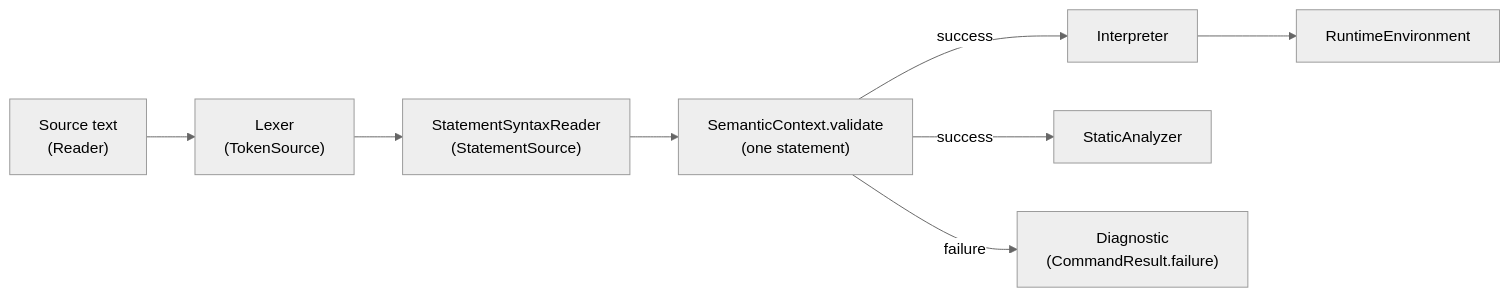
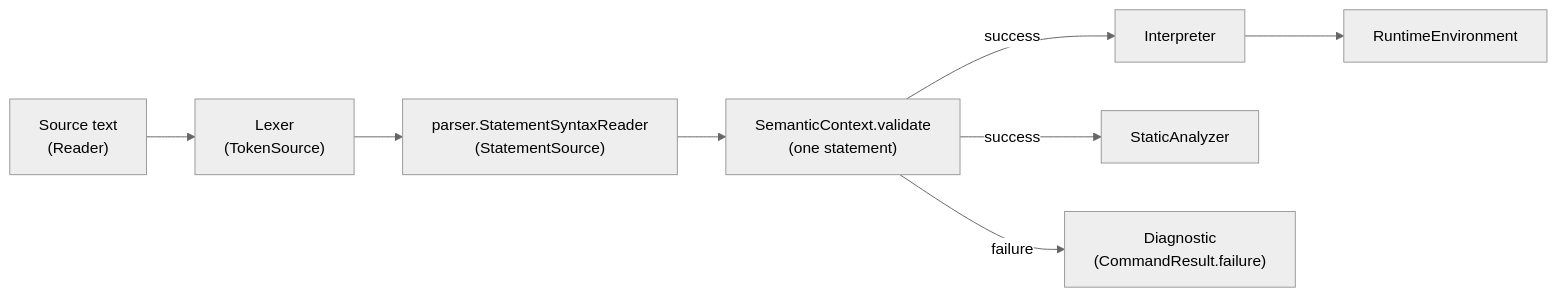
One commit to GarroteSantiago/printscript changed the second of 3 diagrams in docs/architecture.md. Above: the diagram before and after it, drawn with Mermaid (neutral theme). The commit also changed other lines of this file and 21 other files, not shown here.

First line of the commit message:
refactor(syntax,parser): split the parser out of syntax into its own module

````diff
--- a/docs/architecture.md
+++ b/docs/architecture.md
@@ -65,10 +73,10 @@
 ```mermaid
 flowchart LR
     Source["Source text\n(Reader)"] --> Lexer["Lexer\n(TokenSource)"]
-    Lexer --> Parser["StatementSyntaxReader\n(StatementSource)"]
+    Lexer --> Parser["parser.StatementSyntaxReader\n(StatementSource)"]
     Parser --> Semantics["SemanticContext.validate\n(one statement)"]
     Semantics -->|success| Interpreter
     Semantics -->|success| Analyzer["StaticAnalyzer"]
     Semantics -->|failure| Diagnostics["Diagnostic\n(CommandResult.failure)"]
     Interpreter --> RuntimeEnv["RuntimeEnvironment"]
 ```
````
